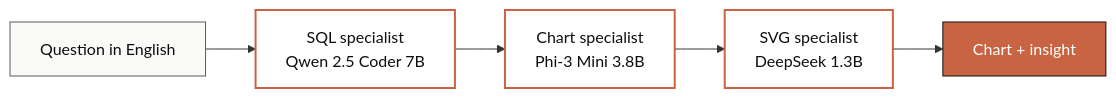
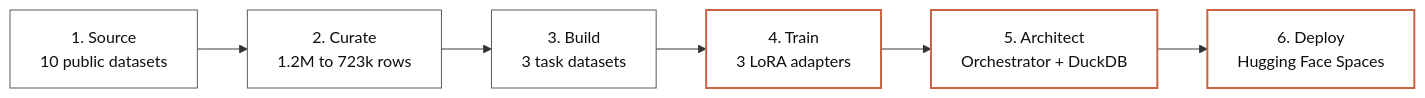
The first of 3 diagrams in presentation/slides.md (DanielRegaladoUMiami/sql-agent-llmops), drawn with Mermaid before and after one commit. The commit also changed other lines of this file and 1 other file, not shown here.

Commit message:
Slides: 3 dedicated model blocks (function/base/dataset/training/time/cost) + new PPTX export

````diff
--- a/presentation/slides.md
+++ b/presentation/slides.md
@@ -286,17 +150,14 @@
 ```mermaid
 flowchart LR
-  Q["Question in English"]
-  A["SQL specialist<br/>Qwen 2.5 Coder 7B"]
-  B["Chart specialist<br/>Phi-3 Mini 3.8B"]
-  C["SVG specialist<br/>DeepSeek 1.3B"]
-  R["Chart + insight"]
-
-  Q --> A --> B --> C --> R
-
-  classDef in fill:#FAFAF9,stroke:#5A5A5A,color:#0E0E0E
-  classDef model fill:#FFFFFF,stroke:#C96442,color:#0E0E0E,stroke-width:2px
-  classDef out fill:#C96442,stroke:#0E0E0E,color:#FFFFFF
-  class Q in
-  class A,B,C model
-  class R out
+  P1["1. Source<br/>10 public datasets"]
+  P2["2. Curate<br/>1.2M to 723k rows"]
+  P3["3. Build<br/>3 task datasets"]
+  P4["4. Train<br/>3 LoRA adapters"]
+  P5["5. Architect<br/>Orchestrator + DuckDB"]
+  P6["6. Deploy<br/>Hugging Face Spaces"]
+  P1 --> P2 --> P3 --> P4 --> P5 --> P6
+  classDef node fill:#FFFFFF,stroke:#5A5A5A,color:#0E0E0E
+  classDef accent fill:#FFFFFF,stroke:#C96442,color:#0E0E0E,stroke-width:2px
+  class P1,P2,P3 node
+  class P4,P5,P6 accent
 ```
````
